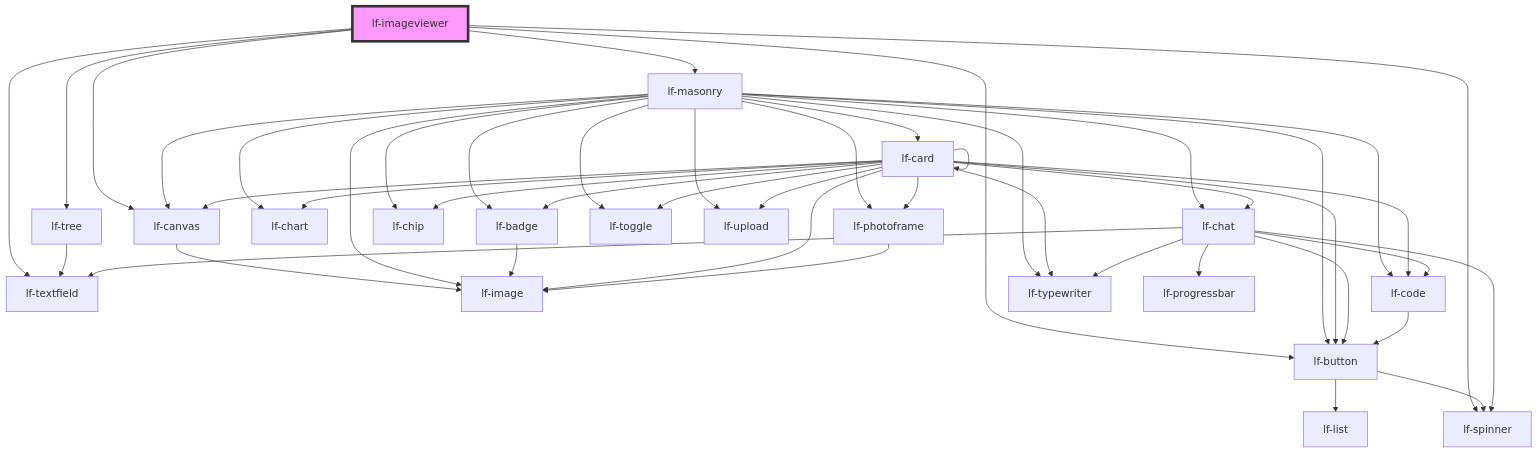
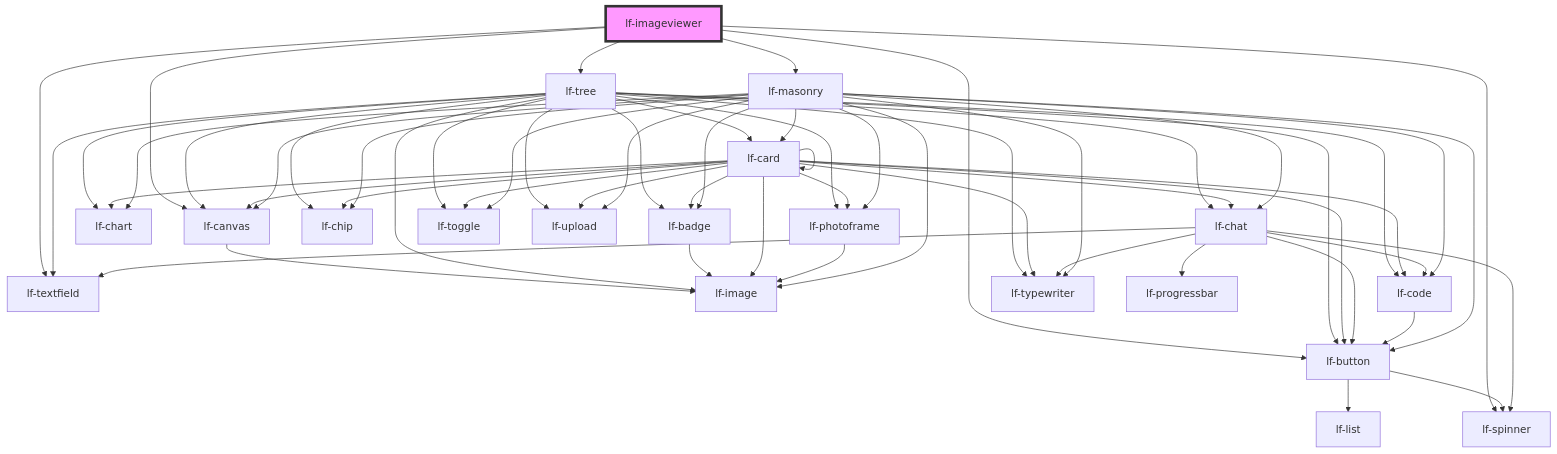
One commit to lucafoscili/lf-widgets changed the diagram in packages/core/src/components/lf-imageviewer/readme.md. Above: the diagram before and after it, drawn with Mermaid. The commit also changed 17 other files, not shown here.

````diff
--- a/packages/core/src/components/lf-imageviewer/readme.md
+++ b/packages/core/src/components/lf-imageviewer/readme.md
@@ -194,49 +194,62 @@
 ```mermaid
 graph TD;
   lf-imageviewer --> lf-canvas
   lf-imageviewer --> lf-button
   lf-imageviewer --> lf-spinner
   lf-imageviewer --> lf-tree
   lf-imageviewer --> lf-masonry
   lf-imageviewer --> lf-textfield
   lf-canvas --> lf-image
   lf-button --> lf-list
   lf-button --> lf-spinner
   lf-tree --> lf-textfield
-  lf-masonry --> lf-badge
-  lf-masonry --> lf-button
-  lf-masonry --> lf-canvas
-  lf-masonry --> lf-card
-  lf-masonry --> lf-chart
-  lf-masonry --> lf-chat
-  lf-masonry --> lf-chip
-  lf-masonry --> lf-code
-  lf-masonry --> lf-image
-  lf-masonry --> lf-photoframe
-  lf-masonry --> lf-toggle
-  lf-masonry --> lf-typewriter
-  lf-masonry --> lf-upload
+  lf-tree --> lf-badge
+  lf-tree --> lf-button
+  lf-tree --> lf-canvas
+  lf-tree --> lf-card
+  lf-tree --> lf-chart
+  lf-tree --> lf-chat
+  lf-tree --> lf-chip
+  lf-tree --> lf-code
+  lf-tree --> lf-image
+  lf-tree --> lf-photoframe
+  lf-tree --> lf-toggle
+  lf-tree --> lf-typewriter
+  lf-tree --> lf-upload
   lf-badge --> lf-image
   lf-card --> lf-badge
   lf-card --> lf-button
   lf-card --> lf-canvas
   lf-card --> lf-card
   lf-card --> lf-chart
   lf-card --> lf-chat
   lf-card --> lf-chip
   lf-card --> lf-code
   lf-card --> lf-image
   lf-card --> lf-photoframe
   lf-card --> lf-toggle
   lf-card --> lf-typewriter
   lf-card --> lf-upload
   lf-chat --> lf-spinner
   lf-chat --> lf-code
   lf-chat --> lf-button
   lf-chat --> lf-typewriter
   lf-chat --> lf-progressbar
   lf-chat --> lf-textfield
   lf-code --> lf-button
   lf-photoframe --> lf-image
+  lf-masonry --> lf-badge
+  lf-masonry --> lf-button
+  lf-masonry --> lf-canvas
+  lf-masonry --> lf-card
+  lf-masonry --> lf-chart
+  lf-masonry --> lf-chat
+  lf-masonry --> lf-chip
+  lf-masonry --> lf-code
+  lf-masonry --> lf-image
+  lf-masonry --> lf-photoframe
+  lf-masonry --> lf-toggle
+  lf-masonry --> lf-typewriter
+  lf-masonry --> lf-upload
   style lf-imageviewer fill:#f9f,stroke:#333,stroke-width:4px
 ```
````
